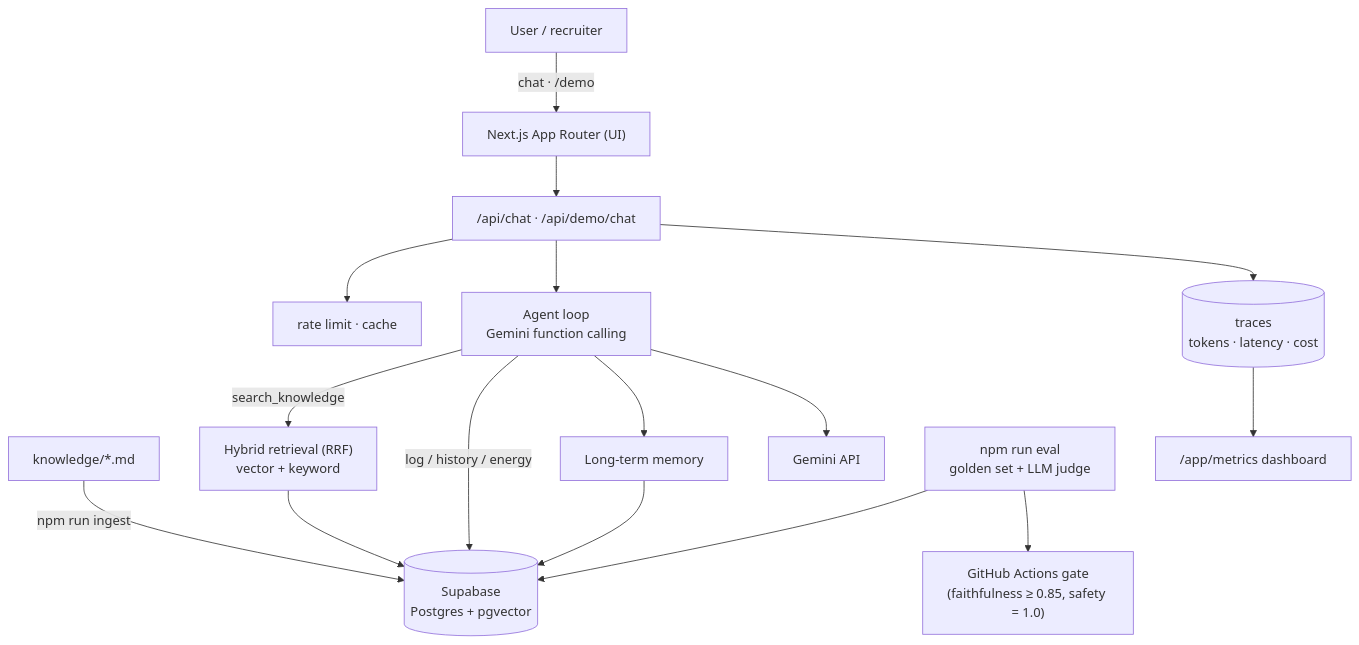
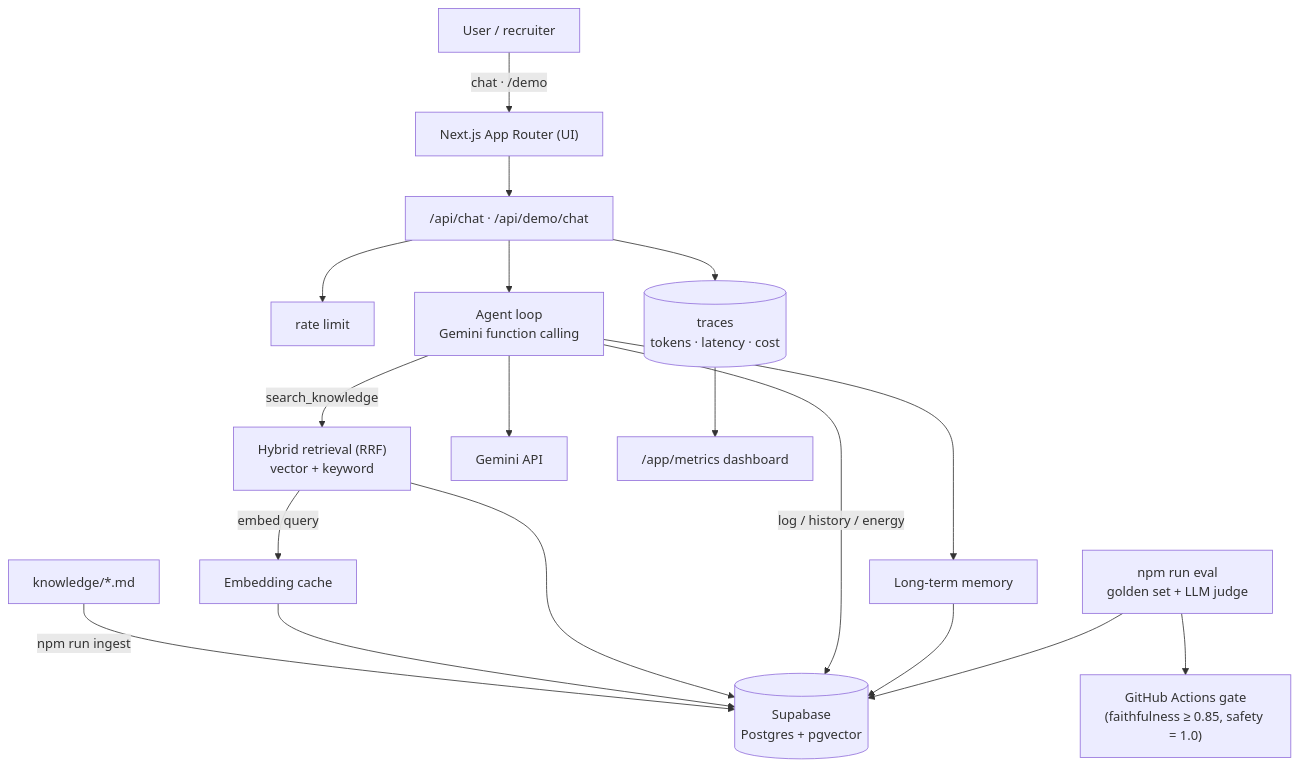
Before and after one commit to GabrieleBosi/lodestar-coach: the diagram in README.md, drawn with Mermaid. The commit also changed other lines of this file and 1 other file, not shown here.

````diff
--- a/README.md
+++ b/README.md
@@ -46,21 +46,22 @@
 ```mermaid
 flowchart TB
   U["User / recruiter"] -->|"chat · /demo"| APP["Next.js App Router (UI)"]
   KB["knowledge/*.md"] -->|"npm run ingest"| DB[("Supabase<br/>Postgres + pgvector")]
 
   APP --> CHAT["/api/chat · /api/demo/chat"]
-  CHAT --> GUARD["rate limit · cache"]
+  CHAT --> GUARD["rate limit"]
   CHAT --> AGENT["Agent loop<br/>Gemini function calling"]
 
   AGENT -->|search_knowledge| RET["Hybrid retrieval (RRF)<br/>vector + keyword"]
+  RET -->|embed query| EC["Embedding cache"] --> DB
   RET --> DB
   AGENT -->|"log / history / energy"| DB
   AGENT --> MEM["Long-term memory"] --> DB
   AGENT --> GEM["Gemini API"]
 
   CHAT --> TR[("traces<br/>tokens · latency · cost")]
   TR --> MET["/app/metrics dashboard"]
 
   EVAL["npm run eval<br/>golden set + LLM judge"] --> DB
   EVAL --> CI["GitHub Actions gate<br/>(faithfulness ≥ 0.85, safety = 1.0)"]
 ```
````
